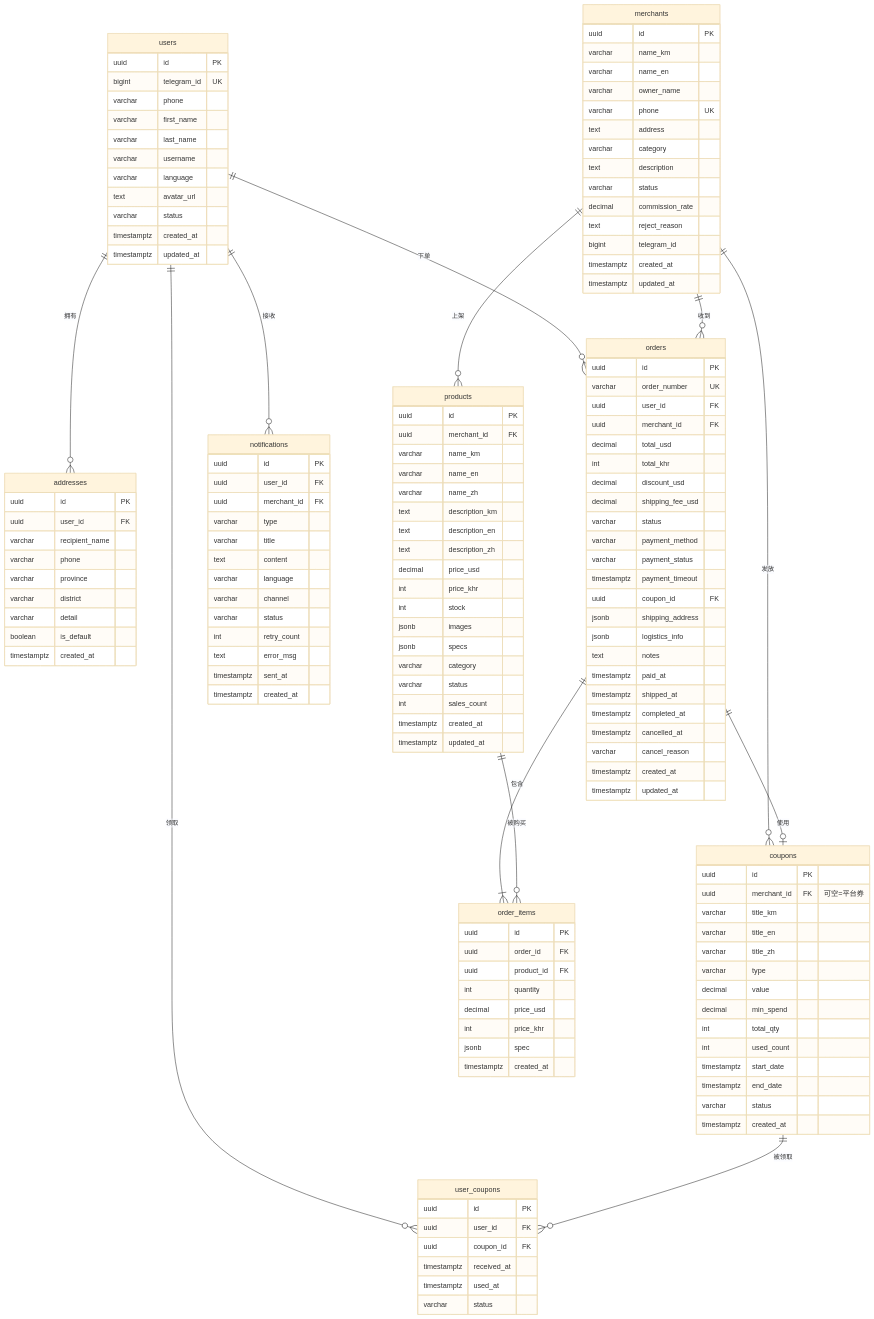
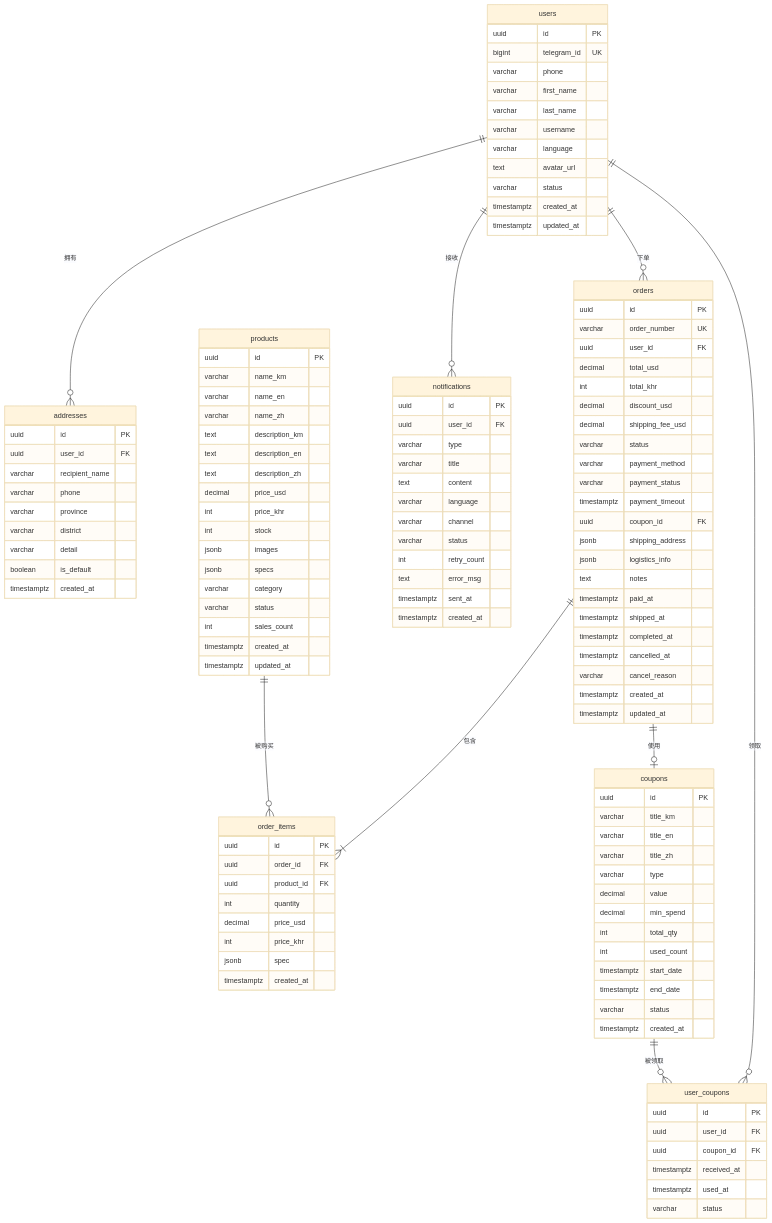
One commit to zhizhengqin/tgmall changed the diagram in 项目文档/数据库设计说明书.md. Above: the diagram before and after it, drawn with Mermaid (base theme). The commit also changed other lines of this file, not shown here.

Commit message:
docs(db): 数据库设计移除商家表与 merchant_id 外键，统一为公司自营

```diff
--- a/项目文档/数据库设计说明书.md
+++ b/项目文档/数据库设计说明书.md
@@ -81,10 +81,6 @@
     users ||--o{ orders : "下单"
     users ||--o{ user_coupons : "领取"
     users ||--o{ notifications : "接收"
-
-    merchants ||--o{ products : "上架"
-    merchants ||--o{ orders : "收到"
-    merchants ||--o{ coupons : "发放"
 
     orders ||--|{ order_items : "包含"
     orders ||--o| coupons : "使用"
@@ -106,26 +102,8 @@
         timestamptz updated_at
     }
 
-    merchants {
-        uuid id PK
-        varchar name_km
-        varchar name_en
-        varchar owner_name
-        varchar phone UK
-        text address
-        varchar category
-        text description
-        varchar status
-        decimal commission_rate
-        text reject_reason
-        bigint telegram_id
-        timestamptz created_at
-        timestamptz updated_at
-    }
-
     products {
         uuid id PK
-        uuid merchant_id FK
         varchar name_km
         varchar name_en
         varchar name_zh
@@ -148,7 +126,6 @@
         uuid id PK
         varchar order_number UK
         uuid user_id FK
-        uuid merchant_id FK
         decimal total_usd
         int total_khr
         decimal discount_usd
@@ -183,7 +160,6 @@
 
     coupons {
         uuid id PK
-        uuid merchant_id FK "可空=平台券"
         varchar title_km
         varchar title_en
         varchar title_zh
@@ -222,7 +198,6 @@
     notifications {
         uuid id PK
         uuid user_id FK
-        uuid merchant_id FK
         varchar type
         varchar title
         text content
```
